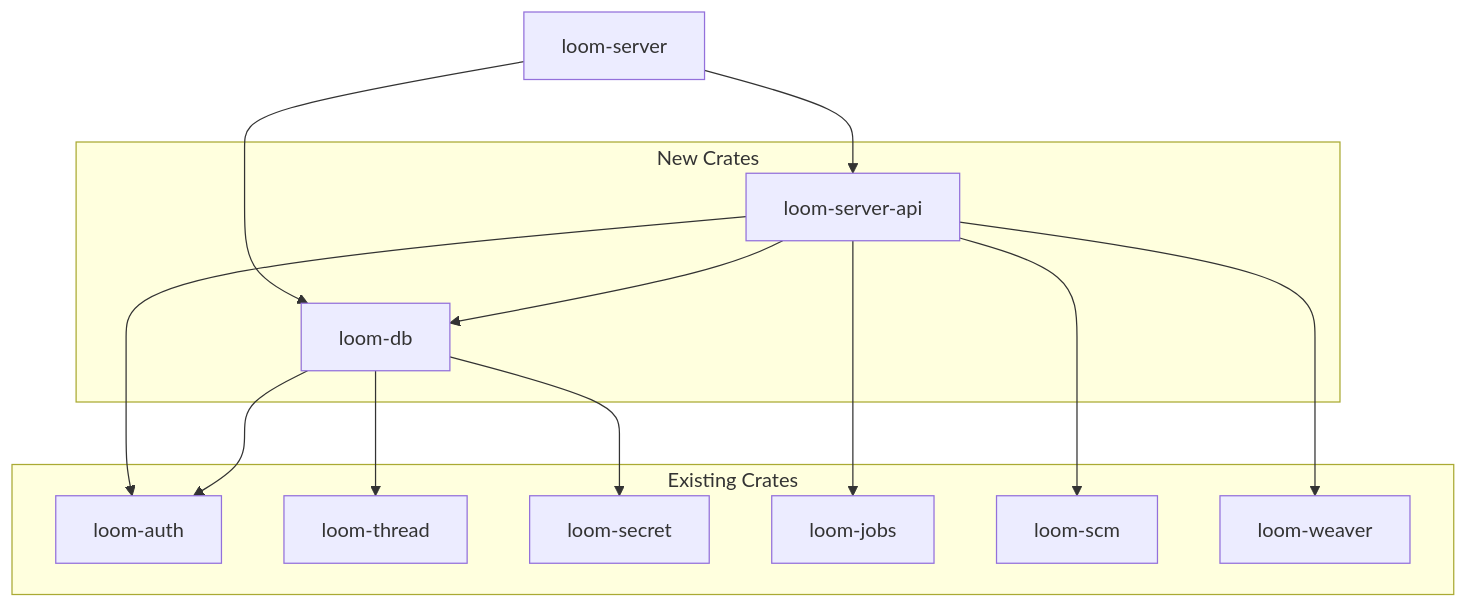
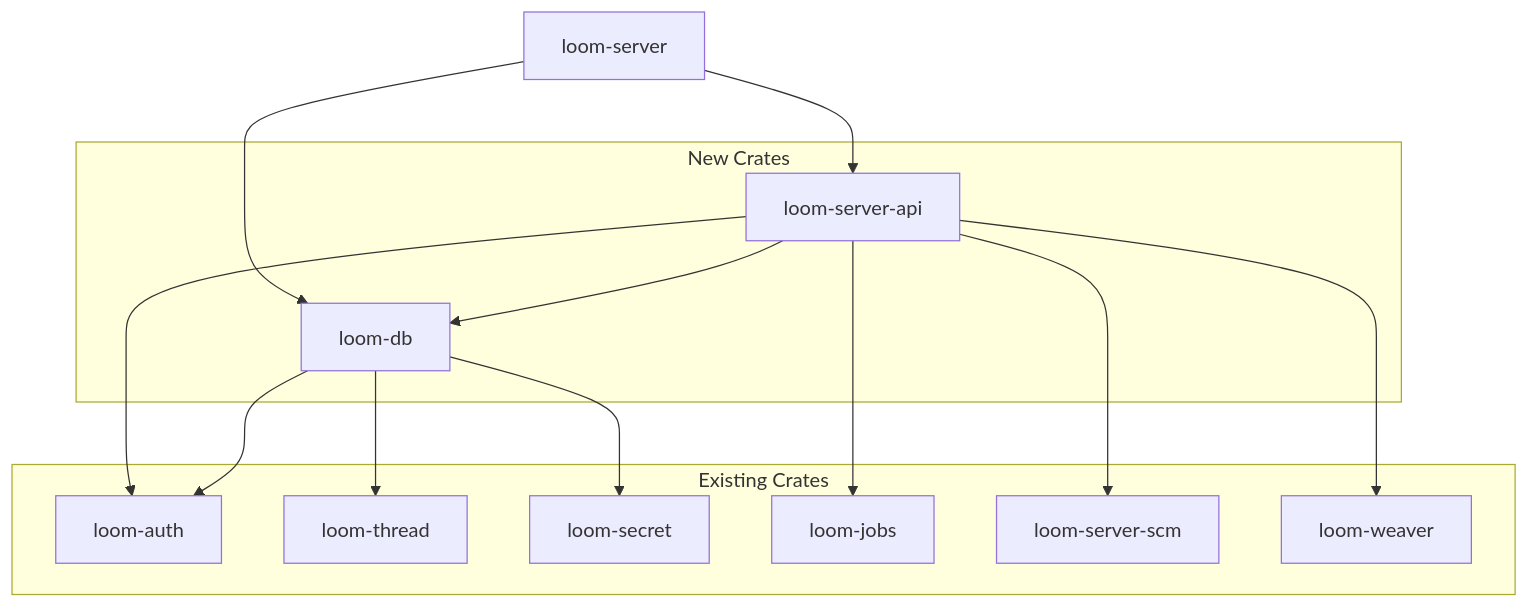
One commit to Foksler/loom changed the diagram in specs/server-split.md. Above: the diagram before and after it, drawn with Mermaid. The commit also changed other lines of this file and 18 other files, not shown here.

Commit message:
refactor: rename loom-scm-mirror to loom-server-scm-mirror

````diff
--- a/specs/server-split.md
+++ b/specs/server-split.md
@@ -319,31 +319,31 @@
 ```mermaid
 graph TD
     subgraph "New Crates"
         DB[loom-db]
         API[loom-server-api]
     end
     
     subgraph "Existing Crates"
         AUTH[loom-auth]
         THREAD[loom-thread]
         SECRET[loom-secret]
         JOBS[loom-jobs]
-        SCM[loom-scm]
+        SCM[loom-server-scm]
         WEAVER[loom-weaver]
     end
     
     SERVER[loom-server]
     
     DB --> AUTH
     DB --> THREAD
     DB --> SECRET
     
     API --> DB
     API --> AUTH
     API --> JOBS
     API --> SCM
     API --> WEAVER
     
     SERVER --> API
     SERVER --> DB
 ```
````
